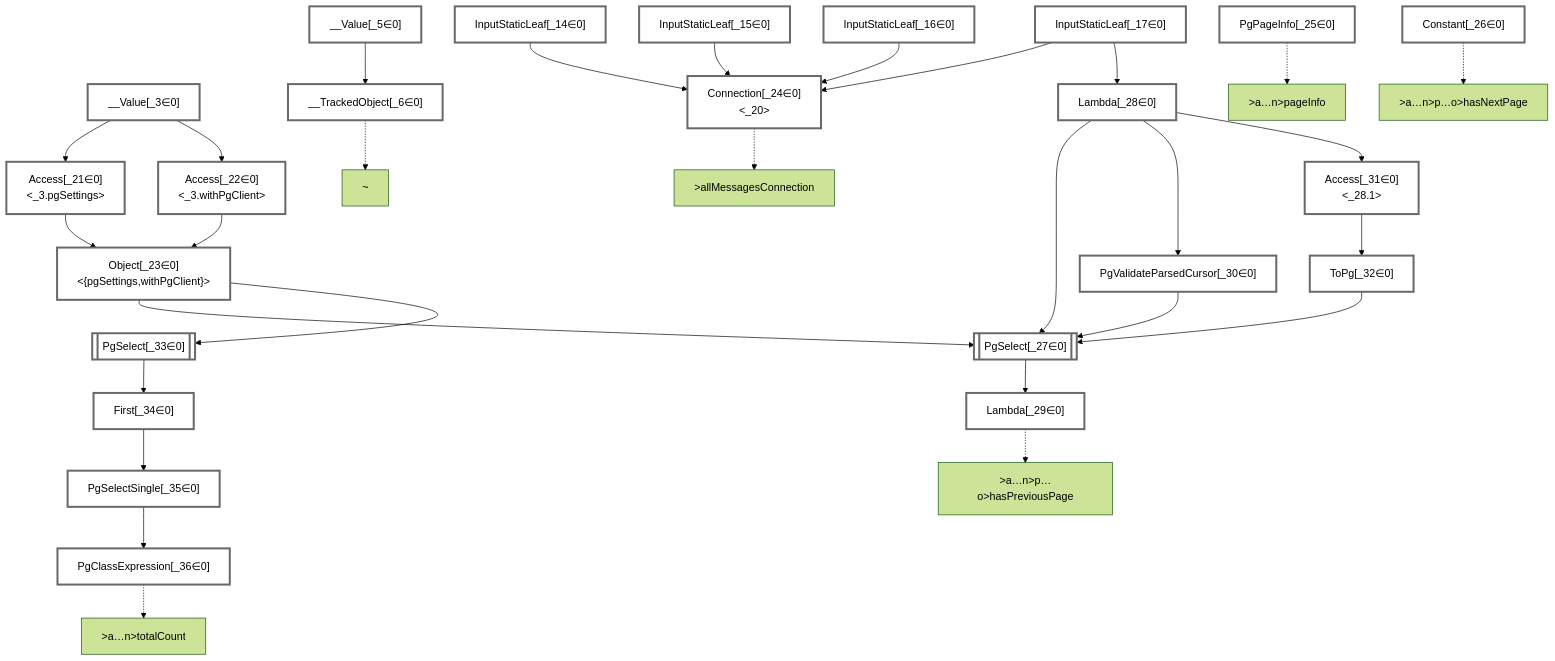
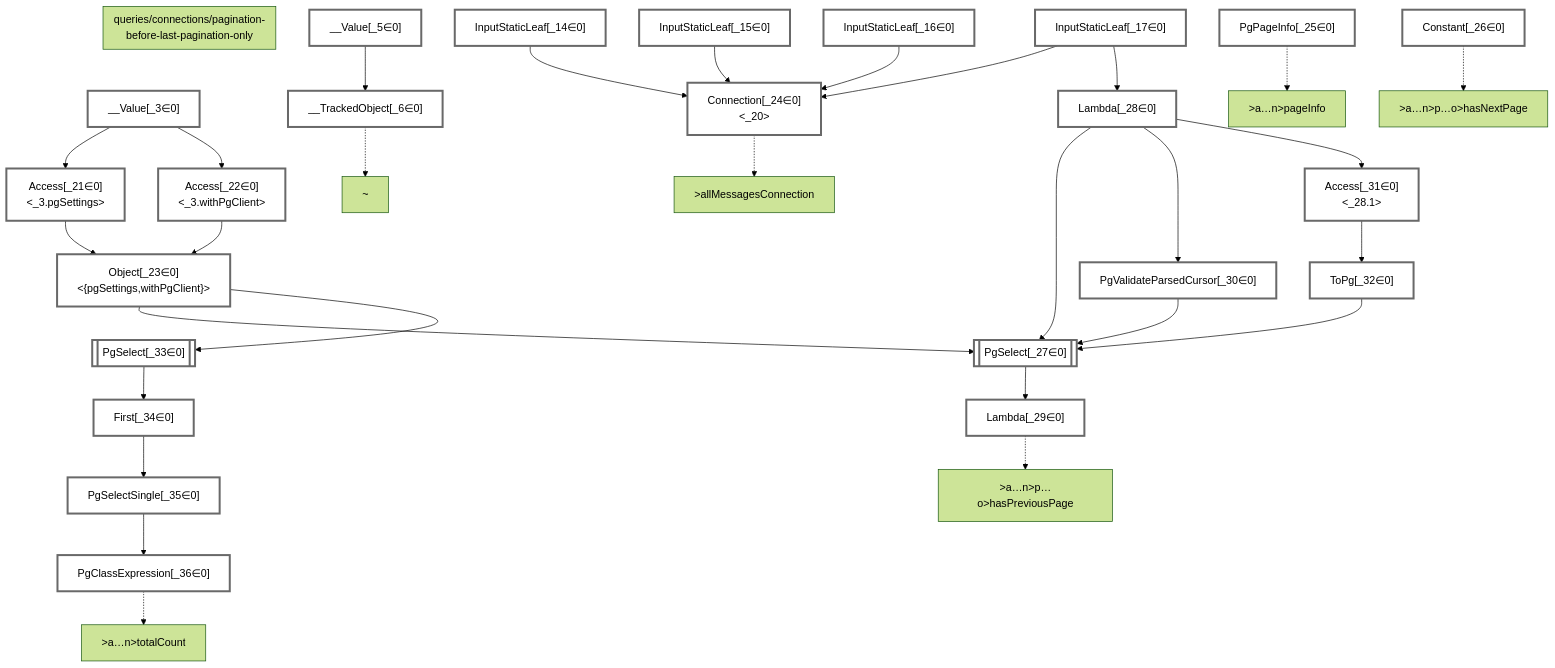
One commit to graphile/crystal changed the diagram in packages/dataplan-pg/__tests__/queries/connections/pagination-before-last-pagination-only.deopt.mermaid.md. Above: the diagram before and after it, drawn with Mermaid (forest theme). The commit also changed 195 other files, not shown here.

````diff
--- a/packages/dataplan-pg/__tests__/queries/connections/pagination-before-last-pagination-only.deopt.mermaid.md
+++ b/packages/dataplan-pg/__tests__/queries/connections/pagination-before-last-pagination-only.deopt.mermaid.md
@@ -1,76 +1,78 @@
 ```mermaid
 graph TD
+    subgraph "queries/connections/pagination-before-last-pagination-only"
+    end
     classDef path fill:#eee,stroke:#000,color:#000
     classDef plan fill:#fff,stroke-width:3px,color:#000
     classDef itemplan fill:#fff,stroke-width:6px,color:#000
     classDef sideeffectplan fill:#f00,stroke-width:6px,color:#000
     classDef bucket fill:#f6f6f6,color:#000,stroke-width:6px,text-align:left
 
 
     %% define plans
     __Value_3["__Value[_3∈0]<br /><context>"]:::plan
     __Value_5["__Value[_5∈0]<br /><rootValue>"]:::plan
     __TrackedObject_6["__TrackedObject[_6∈0]"]:::plan
     InputStaticLeaf_14["InputStaticLeaf[_14∈0]"]:::plan
     InputStaticLeaf_15["InputStaticLeaf[_15∈0]"]:::plan
     InputStaticLeaf_16["InputStaticLeaf[_16∈0]"]:::plan
     InputStaticLeaf_17["InputStaticLeaf[_17∈0]"]:::plan
     Access_21["Access[_21∈0]<br /><_3.pgSettings>"]:::plan
     Access_22["Access[_22∈0]<br /><_3.withPgClient>"]:::plan
     Object_23["Object[_23∈0]<br /><{pgSettings,withPgClient}>"]:::plan
     Connection_24["Connection[_24∈0]<br /><_20>"]:::plan
     PgPageInfo_25["PgPageInfo[_25∈0]"]:::plan
     Constant_26["Constant[_26∈0]"]:::plan
     PgSelect_27[["PgSelect[_27∈0]<br /><messages>"]]:::plan
     Lambda_28["Lambda[_28∈0]<br /><parseCursor>"]:::plan
     Lambda_29["Lambda[_29∈0]<br /><listHasMore>"]:::plan
     PgValidateParsedCursor_30["PgValidateParsedCursor[_30∈0]"]:::plan
     Access_31["Access[_31∈0]<br /><_28.1>"]:::plan
     ToPg_32["ToPg[_32∈0]"]:::plan
     PgSelect_33[["PgSelect[_33∈0]<br /><messages>"]]:::plan
     First_34["First[_34∈0]"]:::plan
     PgSelectSingle_35["PgSelectSingle[_35∈0]<br /><messages>"]:::plan
     PgClassExpression_36["PgClassExpression[_36∈0]<br /><count(*)>"]:::plan
 
     %% plan dependencies
     __Value_5 --> __TrackedObject_6
     __Value_3 --> Access_21
     __Value_3 --> Access_22
     Access_21 --> Object_23
     Access_22 --> Object_23
     InputStaticLeaf_14 --> Connection_24
     InputStaticLeaf_15 --> Connection_24
     InputStaticLeaf_16 --> Connection_24
     InputStaticLeaf_17 --> Connection_24
     Object_23 --> PgSelect_27
     Lambda_28 --> PgSelect_27
     PgValidateParsedCursor_30 --> PgSelect_27
     ToPg_32 --> PgSelect_27
     InputStaticLeaf_17 --> Lambda_28
     PgSelect_27 --> Lambda_29
     Lambda_28 --> PgValidateParsedCursor_30
     Lambda_28 --> Access_31
     Access_31 --> ToPg_32
     Object_23 --> PgSelect_33
     PgSelect_33 --> First_34
     First_34 --> PgSelectSingle_35
     PgSelectSingle_35 --> PgClassExpression_36
 
     %% plan-to-path relationships
     P_6["~"]
     __TrackedObject_6 -.-> P_6
     P_24[">allMessagesConnection"]
     Connection_24 -.-> P_24
     P_25[">a…n>pageInfo"]
     PgPageInfo_25 -.-> P_25
     P_26[">a…n>p…o>hasNextPage"]
     Constant_26 -.-> P_26
     P_29[">a…n>p…o>hasPreviousPage"]
     Lambda_29 -.-> P_29
     P_36[">a…n>totalCount"]
     PgClassExpression_36 -.-> P_36
 
     %% allocate buckets
     classDef bucket0 stroke:#696969
     class __Value_3,__Value_5,__TrackedObject_6,InputStaticLeaf_14,InputStaticLeaf_15,InputStaticLeaf_16,InputStaticLeaf_17,Access_21,Access_22,Object_23,Connection_24,PgPageInfo_25,Constant_26,PgSelect_27,Lambda_28,Lambda_29,PgValidateParsedCursor_30,Access_31,ToPg_32,PgSelect_33,First_34,PgSelectSingle_35,PgClassExpression_36 bucket0
 ```
````
